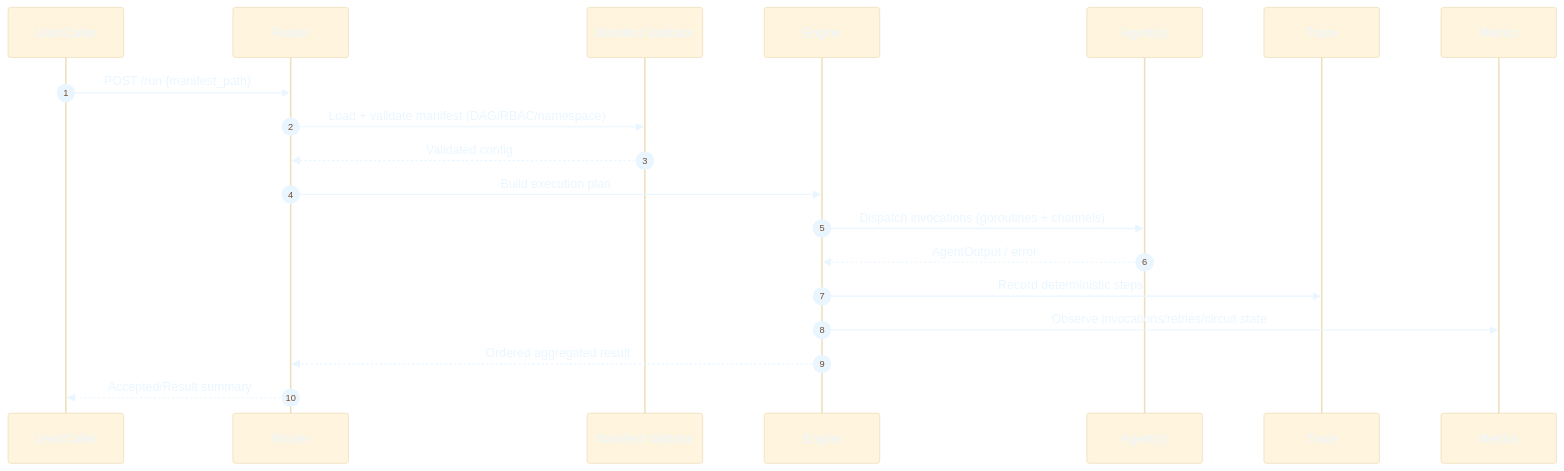
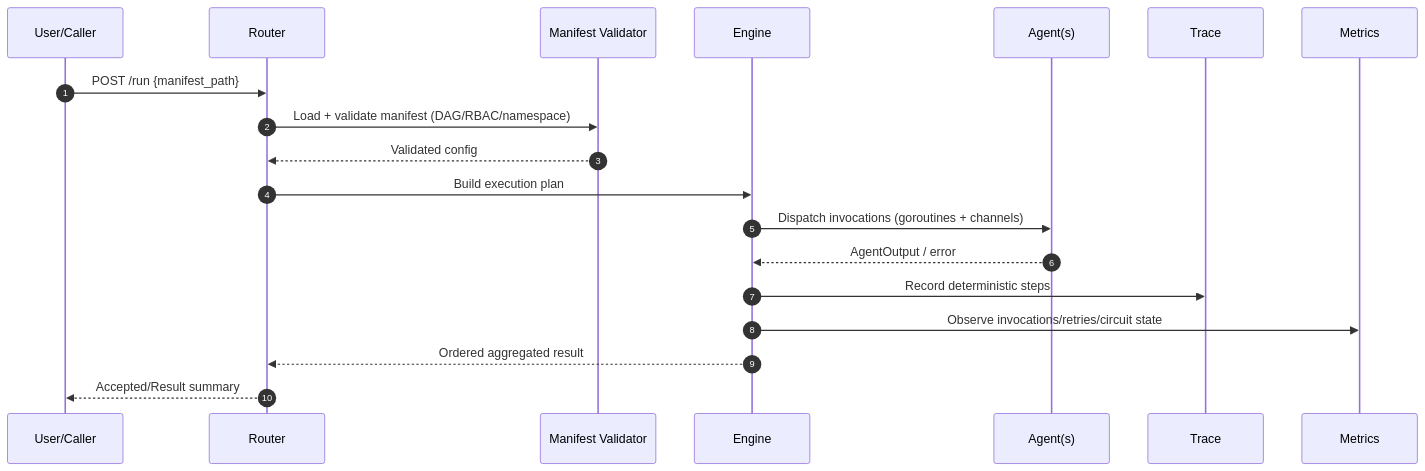
The second of 5 diagrams in README.md (yagna-1/fluxroute), drawn with Mermaid before and after one commit. The commit also changed other lines of this file, not shown here.

Commit message:
docs: restore original diagram colors and upscale architecture view

````diff
--- a/README.md
+++ b/README.md
@@ -80,37 +77,22 @@
 ```mermaid
-%%{init: {
-  "theme": "base",
-  "themeVariables": {
-    "fontSize": "22px",
-    "primaryTextColor": "#eaf6ff",
-    "lineColor": "#89b4d6"
-  },
-  "sequence": {
-    "diagramMarginX": 30,
-    "diagramMarginY": 20,
-    "actorMargin": 80,
-    "messageMargin": 40,
-    "noteMargin": 20
-  }
-}}%%
 sequenceDiagram
     autonumber
     participant U as User/Caller
     participant R as Router
     participant M as Manifest Validator
     participant E as Engine
     participant A as Agent(s)
     participant T as Trace
     participant X as Metrics
 
     U->>R: POST /run {manifest_path}
     R->>M: Load + validate manifest (DAG/RBAC/namespace)
     M-->>R: Validated config
     R->>E: Build execution plan
     E->>A: Dispatch invocations (goroutines + channels)
     A-->>E: AgentOutput / error
     E->>T: Record deterministic steps
     E->>X: Observe invocations/retries/circuit state
     E-->>R: Ordered aggregated result
     R-->>U: Accepted/Result summary
 ```
````
